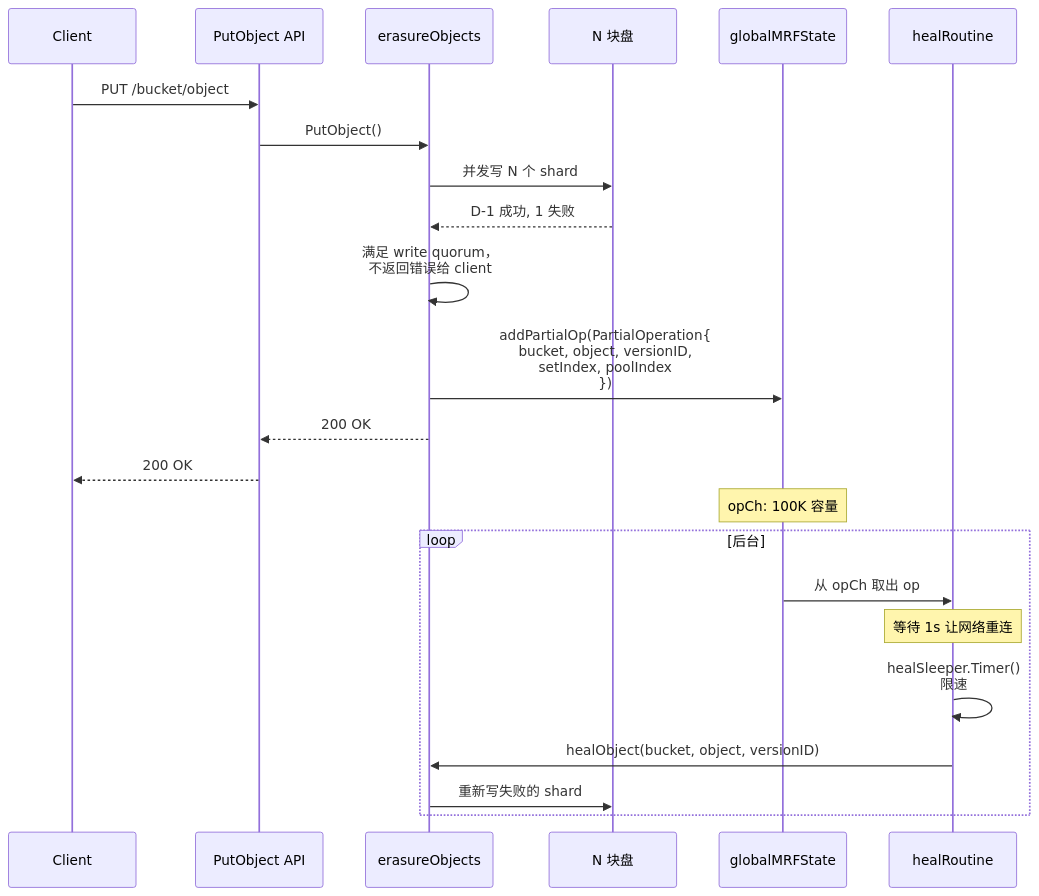
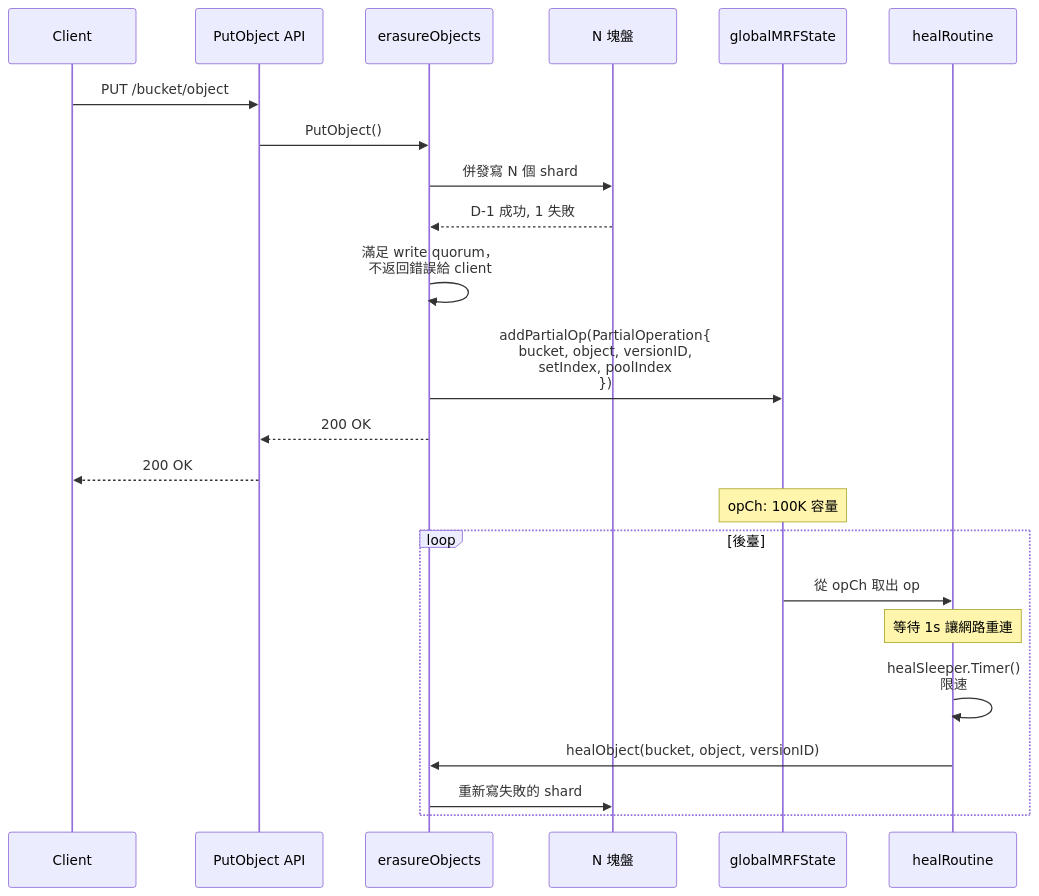
The fifth of 6 diagrams in repo-analysis/drafts/06-module-healing.md (cysu01/minio), drawn with Mermaid before and after one commit. The commit also changed other lines of this file and 14 other files, not shown here.

````diff
--- a/repo-analysis/drafts/06-module-healing.md
+++ b/repo-analysis/drafts/06-module-healing.md
@@ -466,28 +466,28 @@
 ```mermaid
 sequenceDiagram
     participant Client
     participant API as PutObject API
     participant ER as erasureObjects
-    participant Disks as N 块盘
+    participant Disks as N 塊盤
     participant MRF as globalMRFState
     participant HealQ as healRoutine
 
     Client->>API: PUT /bucket/object
     API->>ER: PutObject()
-    ER->>Disks: 并发写 N 个 shard
-    Disks-->>ER: D-1 成功, 1 失败
-    ER->>ER: 满足 write quorum，<br/>不返回错误给 client
+    ER->>Disks: 併發寫 N 個 shard
+    Disks-->>ER: D-1 成功, 1 失敗
+    ER->>ER: 滿足 write quorum，<br/>不返回錯誤給 client
     ER->>MRF: addPartialOp(PartialOperation{<br/>  bucket, object, versionID,<br/>  setIndex, poolIndex<br/>})
     ER-->>API: 200 OK
     API-->>Client: 200 OK
 
     Note over MRF: opCh: 100K 容量
 
-    loop 后台
-        MRF->>HealQ: 从 opCh 取出 op
-        Note over HealQ: 等待 1s 让网络重连
+    loop 後臺
+        MRF->>HealQ: 從 opCh 取出 op
+        Note over HealQ: 等待 1s 讓網路重連
         HealQ->>HealQ: healSleeper.Timer()<br/>限速
         HealQ->>ER: healObject(bucket, object, versionID)
-        ER->>Disks: 重新写失败的 shard
+        ER->>Disks: 重新寫失敗的 shard
     end
 ```
````
